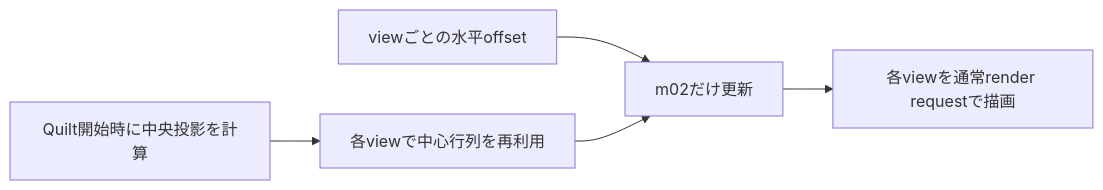
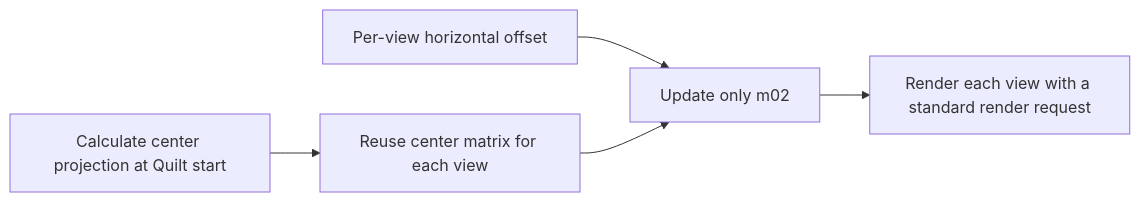
Before and after one commit to zabaglione/ViewWeave: the diagram in docs/legacy-render-pipeline-investigation.md, drawn with Mermaid. The commit also changed other lines of this file and 68 other files, not shown here.

````diff
--- a/docs/legacy-render-pipeline-investigation.md
+++ b/docs/legacy-render-pipeline-investigation.md
@@ -23,7 +25,7 @@
 ```mermaid
 flowchart LR
-    Center["Quilt開始時に中央投影を計算"] --> Reuse["各viewで中心行列を再利用"]
-    Offset["viewごとの水平offset"] --> M02["m02だけ更新"]
+    Center["Calculate center projection at Quilt start"] --> Reuse["Reuse center matrix for each view"]
+    Offset["Per-view horizontal offset"] --> M02["Update only m02"]
     Reuse --> M02
-    M02 --> Render["各viewを通常render requestで描画"]
+    M02 --> Render["Render each view with a standard render request"]
 ```
````
